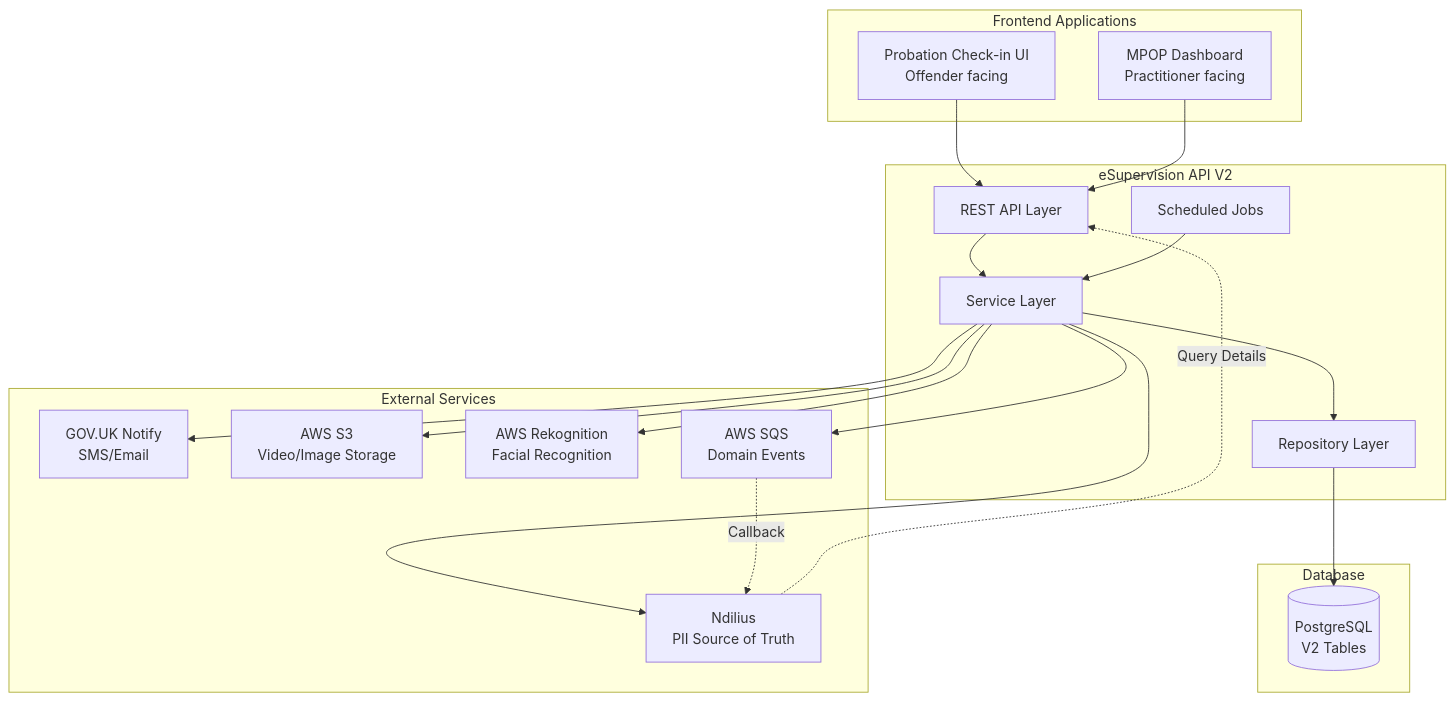
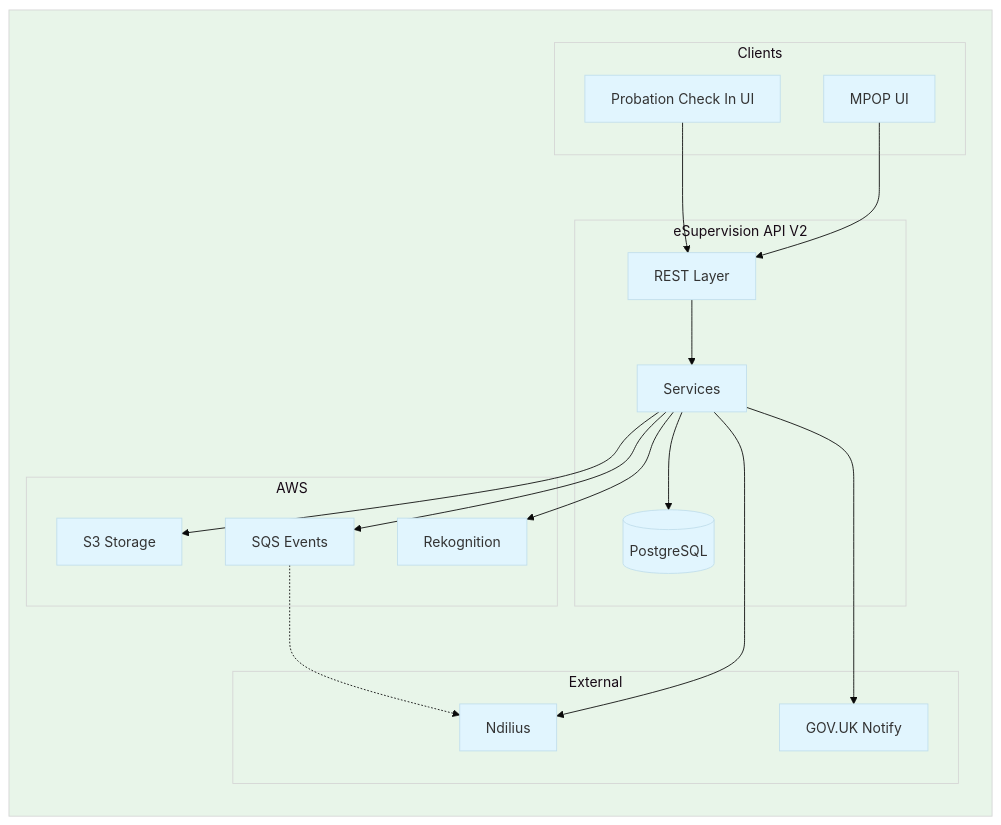
One commit to ministryofjustice/hmpps-esupervision-api changed the first of 2 diagrams in docs/v2/README.md. Above: the diagram before and after it, drawn with Mermaid. The commit also changed other lines of this file, not shown here.

Commit message:
fixing diagram errors

````diff
--- a/docs/v2/README.md
+++ b/docs/v2/README.md
@@ -35,41 +35,38 @@
 ```mermaid
-flowchart TB
-    subgraph "Frontend Applications"
-        PCUI[Probation Check-in UI<br/>Offender facing]
-        MPOP[MPOP Dashboard<br/>Practitioner facing]
+%%{init: {'theme': 'base', 'themeVariables': { 'background': '#f5f5f5', 'primaryColor': '#e1f5fe', 'secondaryColor': '#fff3e0', 'tertiaryColor': '#e8f5e9'}}}%%
+flowchart LR
+    subgraph System[" "]
+        subgraph Clients
+            UI[MPOP UI]
+            APP[Probation Check In UI]
+        end
+
+        subgraph API[eSupervision API V2]
+            REST[REST Layer]
+            SVC[Services]
+            DB[(PostgreSQL)]
+        end
+
+        subgraph AWS
+            S3[S3 Storage]
+            SQS[SQS Events]
+            REK[Rekognition]
+        end
+
+        subgraph External
+            NDL[Ndilius]
+            GOV[GOV.UK Notify]
+        end
     end
 
-    subgraph "eSupervision API V2"
-        API[REST API Layer]
-        SVC[Service Layer]
-        REPO[Repository Layer]
-        JOBS[Scheduled Jobs]
-    end
-
-    subgraph "External Services"
-        NDILIUS[Ndilius<br/>PII Source of Truth]
-        NOTIFY[GOV.UK Notify<br/>SMS/Email]
-        S3[AWS S3<br/>Video/Image Storage]
-        REKOG[AWS Rekognition<br/>Facial Recognition]
-        SQS[AWS SQS<br/>Domain Events]
-    end
-
-    subgraph "Database"
-        PG[(PostgreSQL<br/>V2 Tables)]
-    end
-
-    PCUI --> API
-    MPOP --> API
-    API --> SVC
-    SVC --> REPO
-    SVC --> NDILIUS
-    SVC --> NOTIFY
+    UI --> REST
+    APP --> REST
+    REST --> SVC
+    SVC --> DB
     SVC --> S3
-    SVC --> REKOG
     SVC --> SQS
-    REPO --> PG
-    JOBS --> SVC
-
-    SQS -.->|Callback| NDILIUS
-    NDILIUS -.->|Query Details| API
+    SVC --> REK
+    SVC --> NDL
+    SVC --> GOV
+    SQS -.-> NDL
 ```
````
